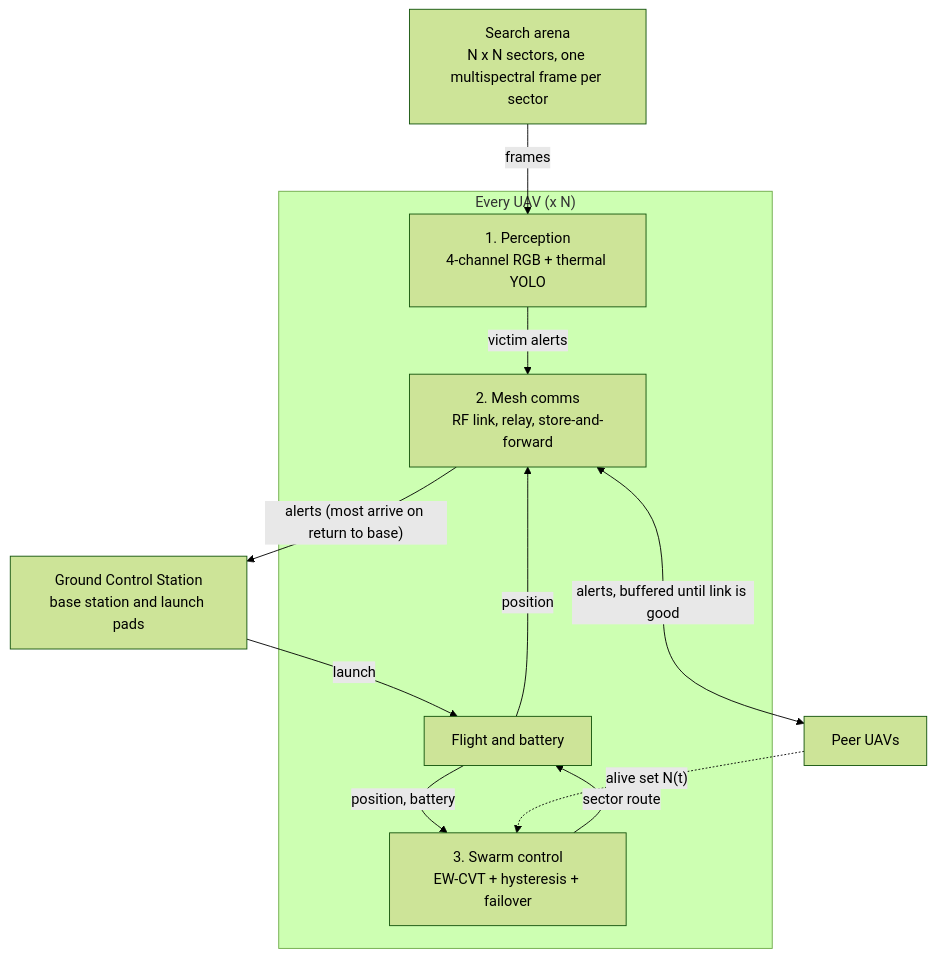
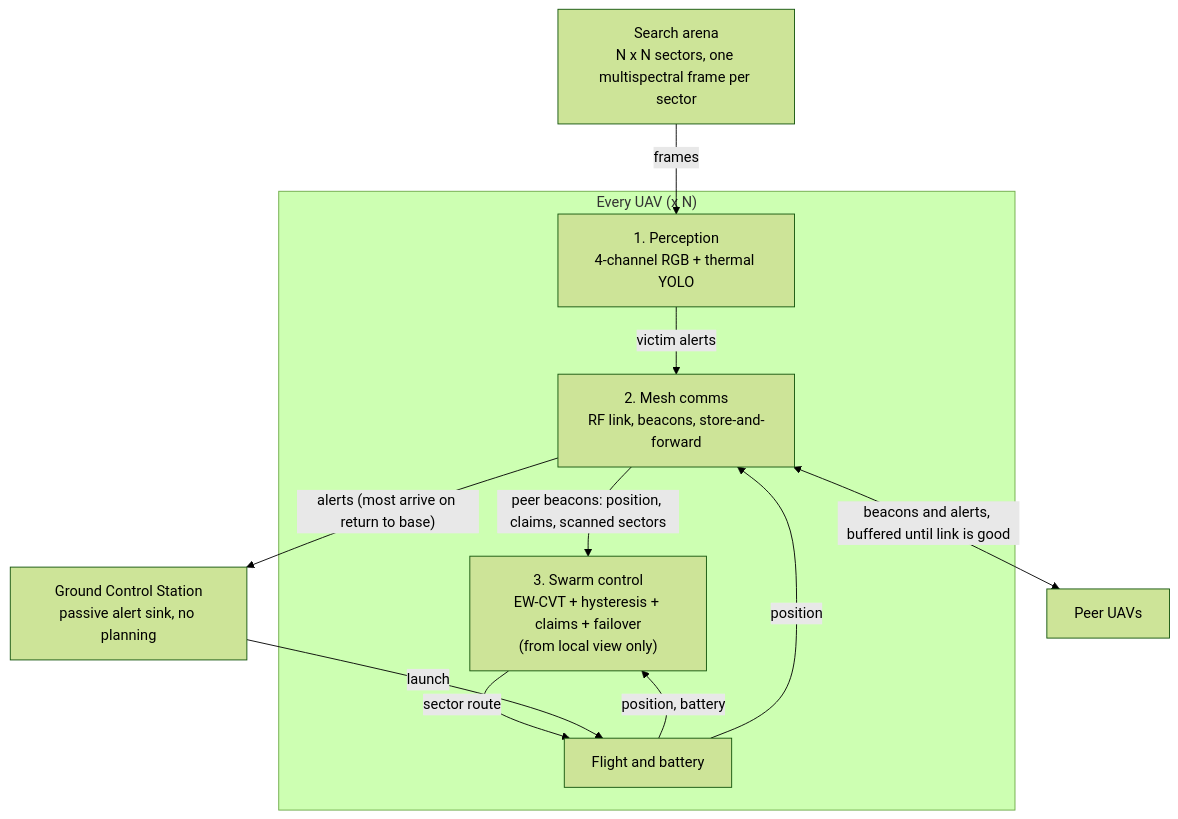
The first of 9 diagrams in docs/ARCHITECTURE_PROPOSAL.md (CodeWithDevesh/FlyNetSim), drawn with Mermaid (forest theme) before and after one commit. The commit also changed other lines of this file and 17 other files, not shown here.

First line of the commit message:
feat: decentralize swarm control (per-UAV views, beacons, claims, lease-based failover) and add store-carry-forward alert relaying

````diff
--- a/docs/ARCHITECTURE_PROPOSAL.md
+++ b/docs/ARCHITECTURE_PROPOSAL.md
@@ -27,24 +27,24 @@
 ```mermaid
 flowchart TB
   ARENA["Search arena<br/>N x N sectors, one multispectral frame per sector"]
-  GCS["Ground Control Station<br/>base station and launch pads"]
+  GCS["Ground Control Station<br/>passive alert sink, no planning"]
 
   subgraph UAV["Every UAV (x N)"]
     PERC["1. Perception<br/>4-channel RGB + thermal YOLO"]
-    COMM["2. Mesh comms<br/>RF link, relay, store-and-forward"]
-    CTRL["3. Swarm control<br/>EW-CVT + hysteresis + failover"]
+    COMM["2. Mesh comms<br/>RF link, beacons, store-and-forward"]
+    CTRL["3. Swarm control<br/>EW-CVT + hysteresis + claims + failover<br/>(from local view only)"]
     FLT["Flight and battery"]
     PERC -- "victim alerts" --> COMM
+    COMM -- "peer beacons: position, claims, scanned sectors" --> CTRL
     CTRL -- "sector route" --> FLT
     FLT -- "position, battery" --> CTRL
     FLT -- "position" --> COMM
   end
 
   PEERS["Peer UAVs"]
 
   ARENA -- "frames" --> PERC
   GCS -- "launch" --> FLT
   COMM -- "alerts (most arrive on return to base)" --> GCS
-  COMM <-->|"alerts, buffered until link is good"| PEERS
-  PEERS -. "alive set N(t)" .-> CTRL
+  COMM <-->|"beacons and alerts, buffered until link is good"| PEERS
 ```
````
